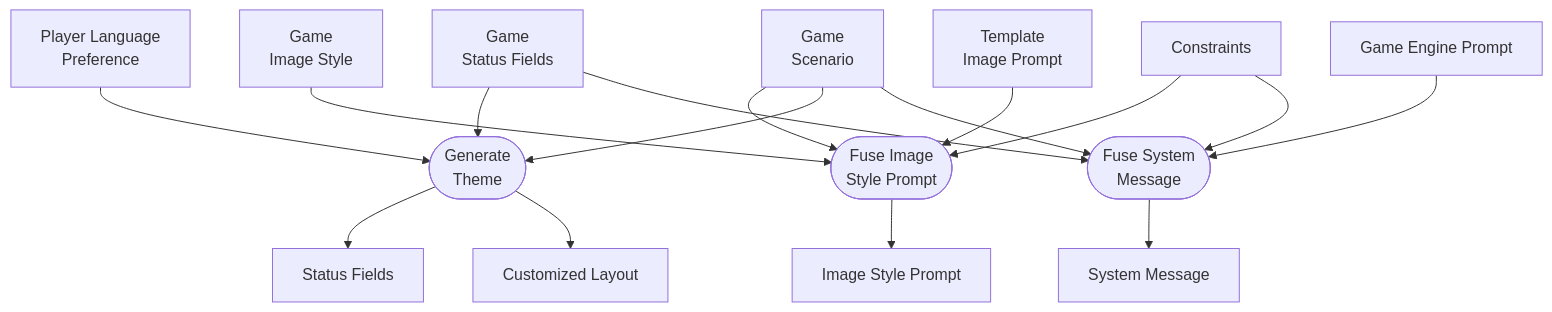
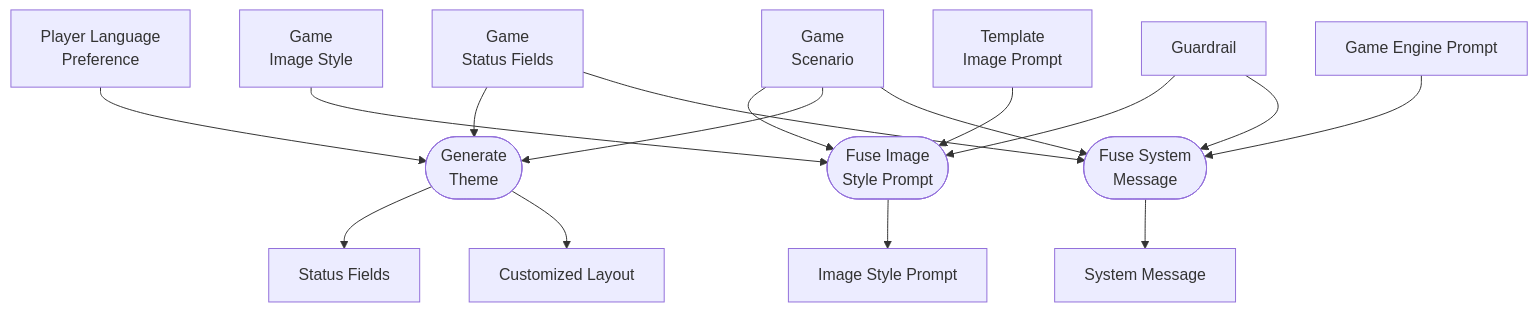
The seventh of 8 diagrams in TECHNOLOGY.md (flocko-motion/chatgamelab), drawn with Mermaid before and after one commit. The commit also changed other lines of this file and 67 other files, not shown here.

````diff
--- a/TECHNOLOGY.md
+++ b/TECHNOLOGY.md
@@ -187,44 +187,44 @@
 ```mermaid
 graph TB
     PLANG["Player Language
     Preference"]
     GSCENARIO["Game
     Scenario"]
     GIMGSTYLE["Game
     Image Style"]
     GSTATUS["Game
     Status Fields"]
     TIMG["Template
     Image Prompt"]
-    CONSTRAINTS["Constraints"]
+    CONSTRAINTS["Guardrail"]
     TSYSMSG["Game Engine Prompt"]
 
 
     THEME(["Generate
     Theme"])
 
     TRANSLATE(["Fuse System
     Message"])
     IMGSTYLE(["Fuse Image
     Style Prompt"])
 
     GIMGSTYLE --> IMGSTYLE
     CONSTRAINTS --> IMGSTYLE
     GSCENARIO --> IMGSTYLE
     TIMG --> IMGSTYLE
     IMGSTYLE --> IMGSTYLEPROMPT["Image Style Prompt"]
 
     GSTATUS --> THEME
     GSCENARIO --> THEME
     PLANG --> THEME
     THEME --> STATUSBAR["Status Fields"]
     THEME --> LAYOUT["Customized Layout"]
 
 
     GSCENARIO --> TRANSLATE
     GSTATUS --> TRANSLATE
     CONSTRAINTS --> TRANSLATE
     TSYSMSG --> TRANSLATE
     TRANSLATE --> SYSMSG["System Message"]
 
 ```
````
